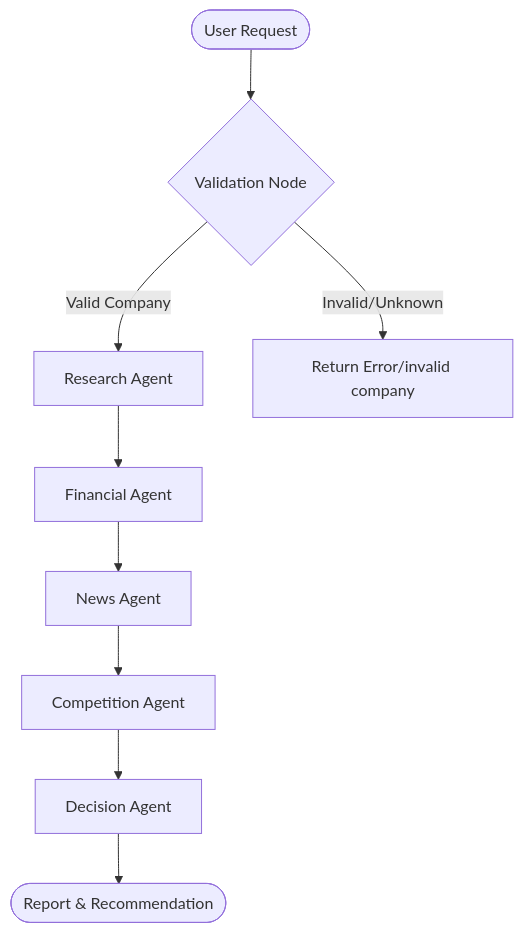
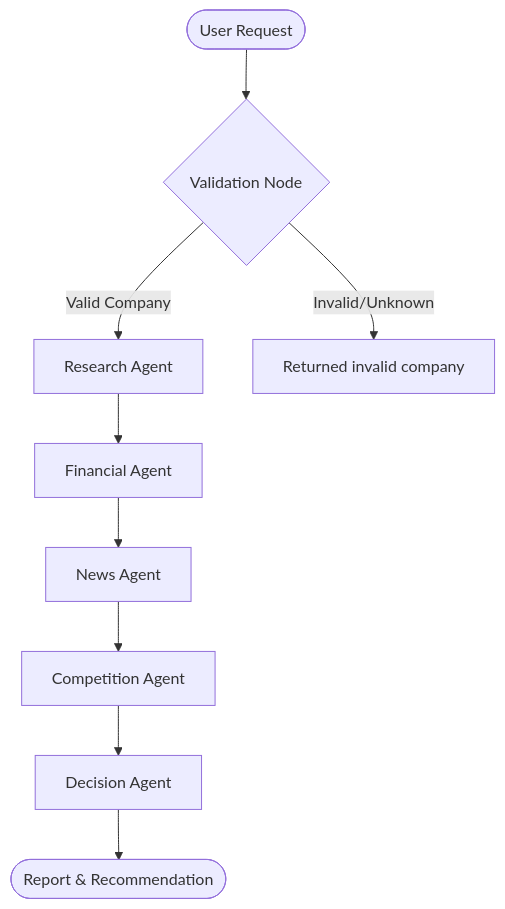
One commit to abhishek14311431/AI-Product-Development-Engineer-intern-assignment changed the diagram in README.md. Above: the diagram before and after it, drawn with Mermaid. The commit also changed other lines of this file, not shown here.

````diff
--- a/README.md
+++ b/README.md
@@ -83,11 +83,11 @@
 ```mermaid
 flowchart TD
     Start([User Request]) --> Validate{Validation Node}
     Validate -- Valid Company --> A[Research Agent]
-    Validate -- Invalid/Unknown --> Fail[Return Error/invalid company ]
+    Validate -- Invalid/Unknown --> Fail[Returned invalid company]
     A --> B[Financial Agent]
     B --> C[News Agent]
     C --> D[Competition Agent]
     D --> E[Decision Agent]
     E --> End([Report & Recommendation])
 ```
````
